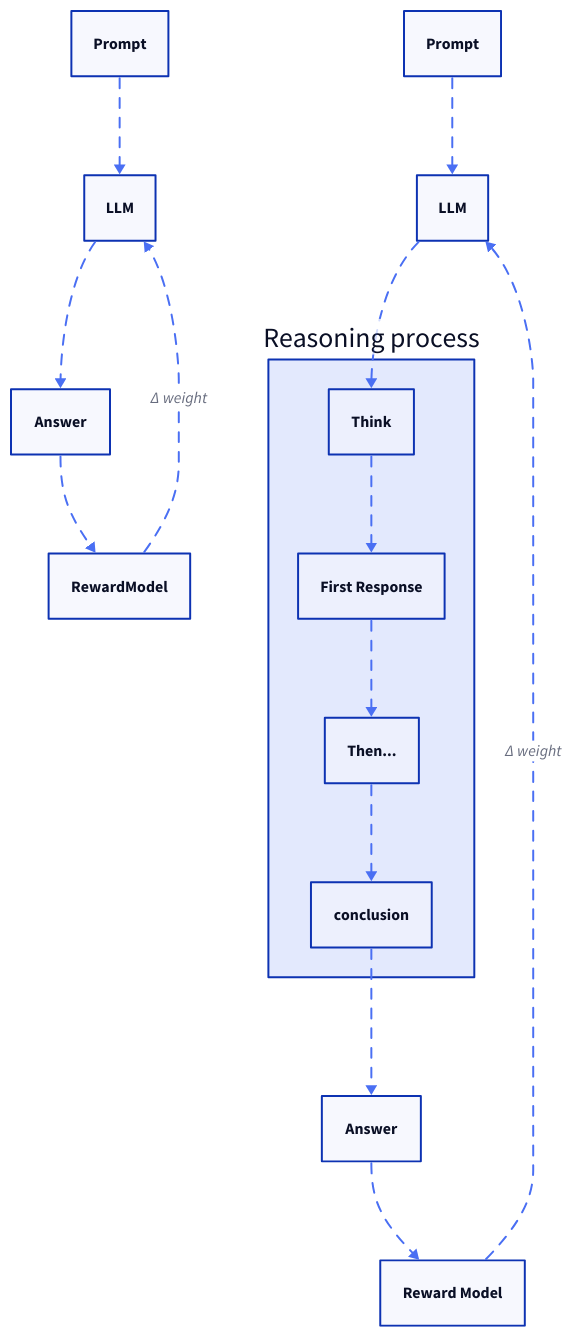
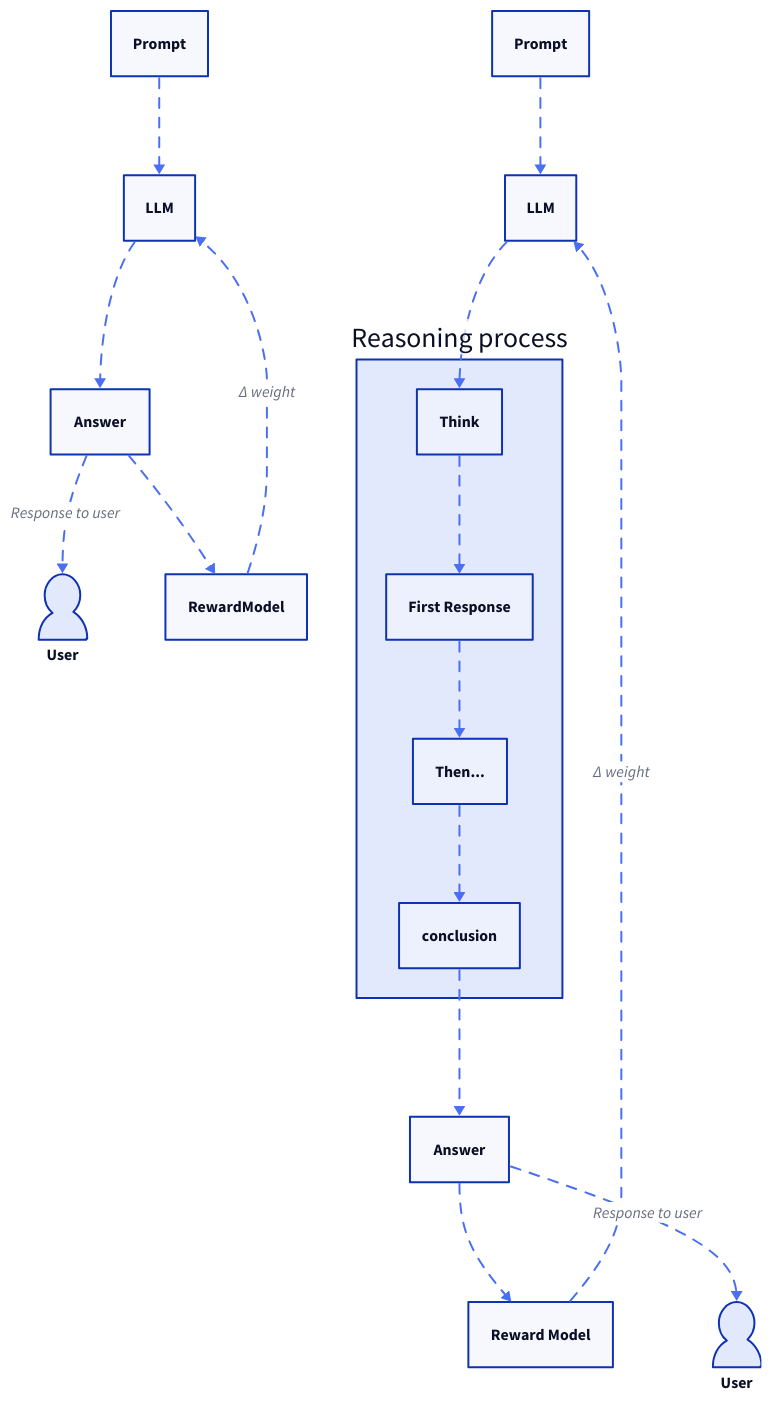
The diagram in blogs/openai-model-o1/materials/diagram.d2 (maycuatroi/blog), drawn with D2 before and after one commit. The commit also changed 7 other files, not shown here.

```diff
--- a/blogs/openai-model-o1/materials/diagram.d2
+++ b/blogs/openai-model-o1/materials/diagram.d2
@@ -1,41 +1,51 @@
 direction: down
 
 (** -> **)[*].style.stroke: "#4A6FF3"
 (** -> **)[*].style.stroke-width: 2
 (** -> **)[*].style.animated: true
 
-
+user1{
+    label: "User"
+    shape: person
+}
+user2{
+    label: "User"
+    shape: person
+}
 
 Prompt -> LLM
 LLM -> Answer
 Answer -> RewardModel
 
 Prompt1: Prompt
 LLM1: LLM
 
 Prompt1 -> LLM1
 LLM1 -> reasoning.Think
 
 reasoning: {
   label: "Reasoning process"
   FirstResponse: First Response
   Think -> FirstResponse
   then: Then...
   FirstResponse -> then
   then -> conclusion
 }
 
 answer1: Answer
 reasoning.conclusion -> answer1
 
 RewardModel1: Reward Model
 
 answer1 -> RewardModel1
 
 RewardModel1 -> LLM1: "Δ weight" {
   style: text
 }
 
 RewardModel -> LLM: "Δ weight" {
   style: text
 }
+
+answer1 -> user1: "Response to user"
+answer -> user2: "Response to user"
```
